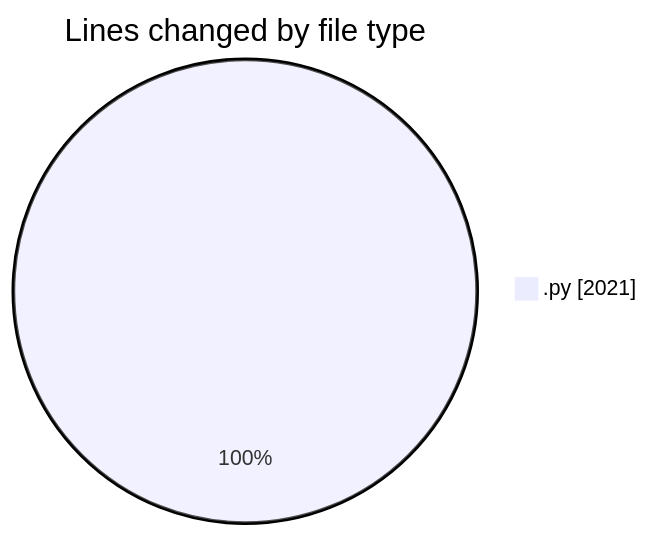
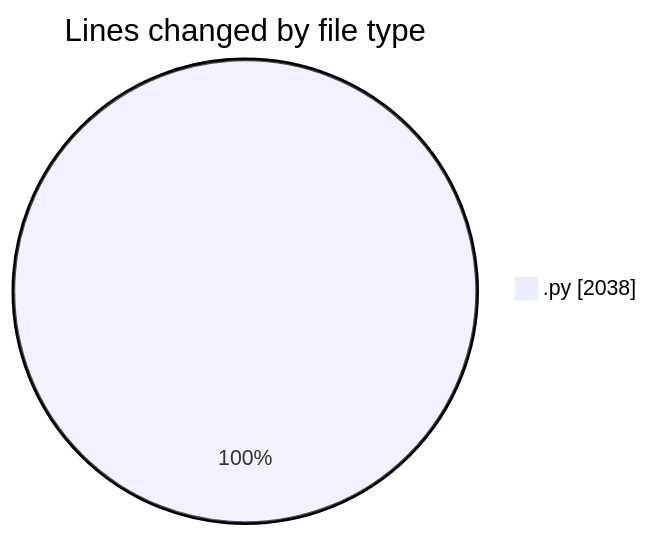
One commit to MatusMokan/code-tracking changed the first of 2 diagrams in 2025-04-19/myws__workspace_/README.md. Above: the diagram before and after it, drawn with Mermaid. The commit also changed other lines of this file and 1 other file, not shown here.

````diff
--- a/2025-04-19/myws__workspace_/README.md
+++ b/2025-04-19/myws__workspace_/README.md
@@ -23,5 +23,5 @@
 ```mermaid
 pie showData
 title Lines changed by file type
-".py" : 2021
+".py" : 2038
 ```
````
